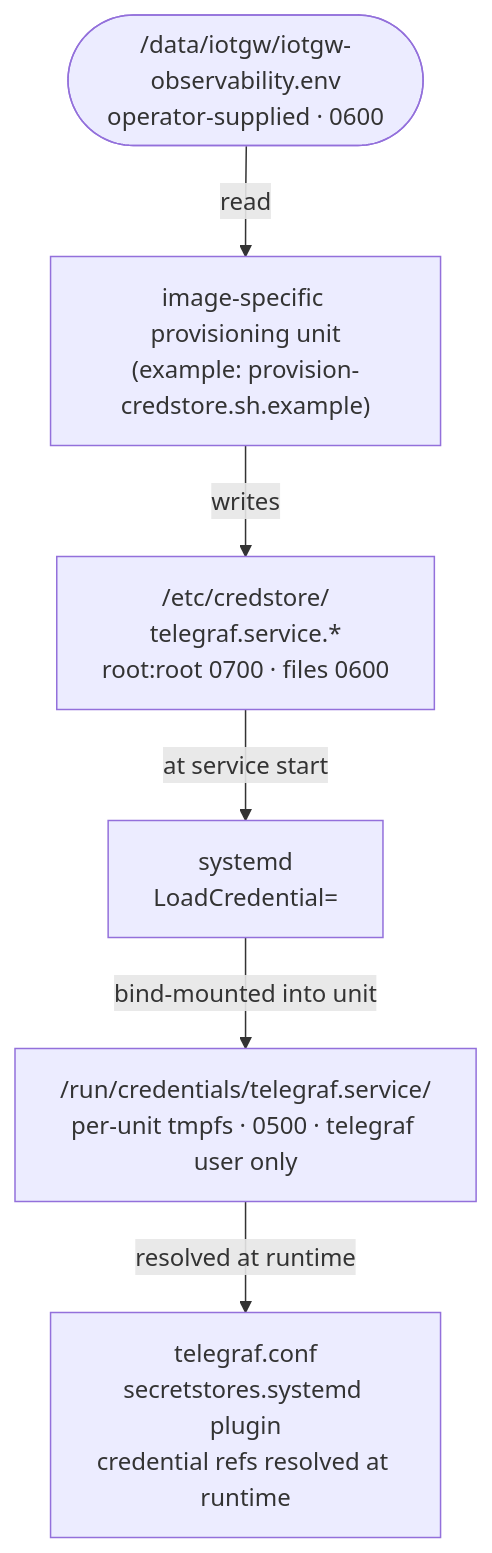
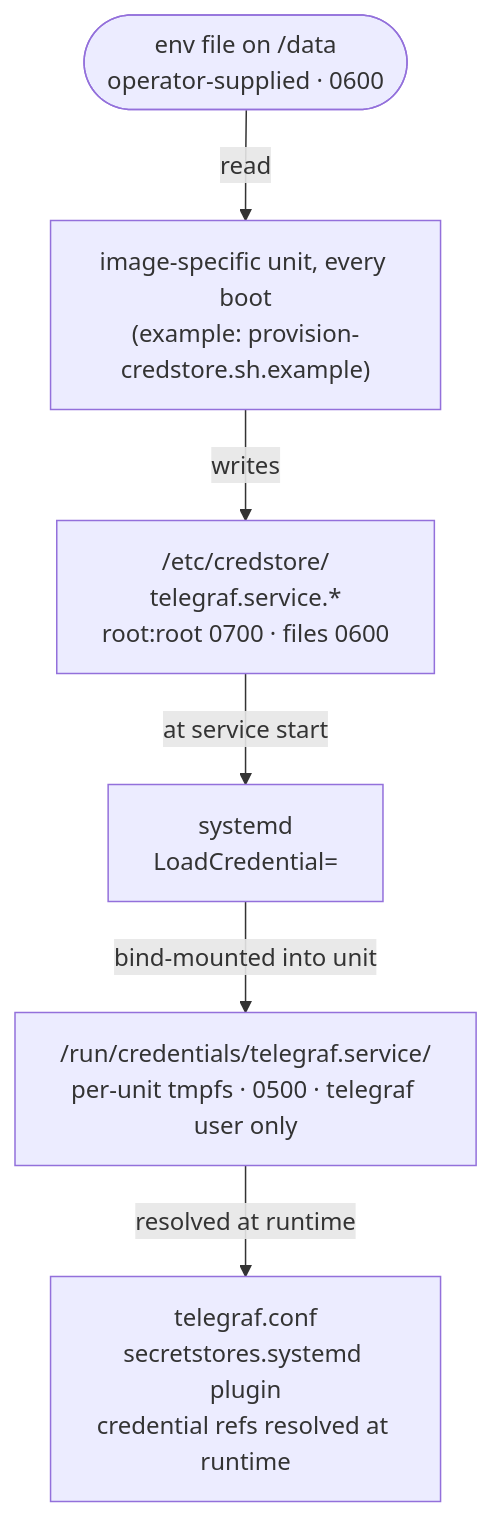
Before and after one commit to umair-as/rpi5-iot-gateway: the second of 2 diagrams in docs/OBSERVABILITY.md, drawn with Mermaid. The commit also changed other lines of this file and 48 other files, not shown here.

First line of the commit message:
feat(boot): assemble /data, /etc and /home in a pre-init before PID1

````diff
--- a/docs/OBSERVABILITY.md
+++ b/docs/OBSERVABILITY.md
@@ -212,15 +196,15 @@
 ```mermaid
 flowchart TD
-    env(["/data/iotgw/iotgw-observability.env\noperator-supplied · 0600"])
-    prov["image-specific provisioning unit\n(example: provision-credstore.sh.example)"]
+    env(["env file on /data\noperator-supplied · 0600"])
+    prov["image-specific unit, every boot\n(example: provision-credstore.sh.example)"]
     cred["/etc/credstore/\ntelegraf.service.*\nroot:root 0700 · files 0600"]
     sd["systemd\nLoadCredential="]
     run["/run/credentials/telegraf.service/\nper-unit tmpfs · 0500 · telegraf user only"]
     conf["telegraf.conf\nsecretstores.systemd plugin\ncredential refs resolved at runtime"]
 
     env -->|"read"| prov
     prov -->|"writes"| cred
     cred -->|"at service start"| sd
     sd -->|"bind-mounted into unit"| run
     run -->|"resolved at runtime"| conf
 ```
````
